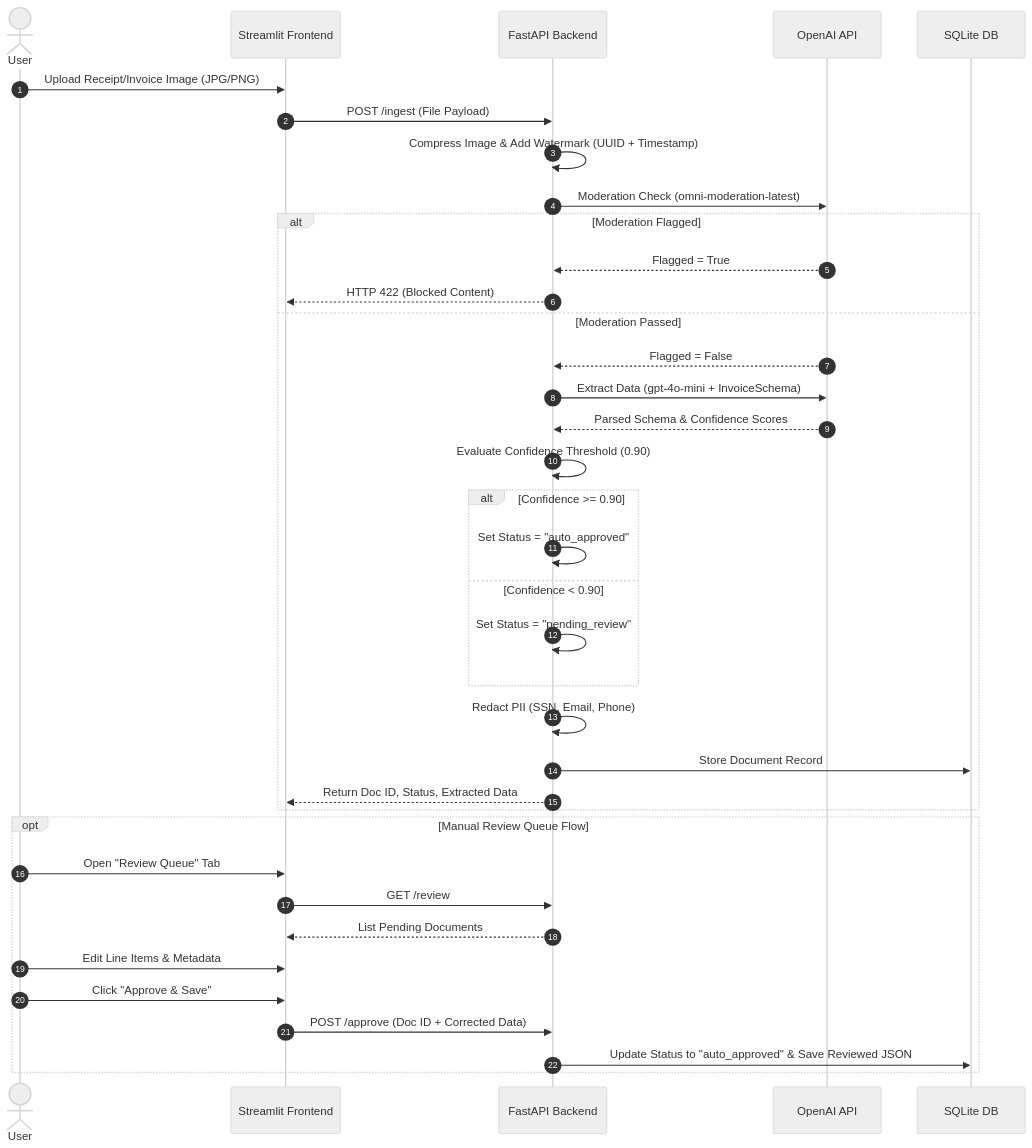
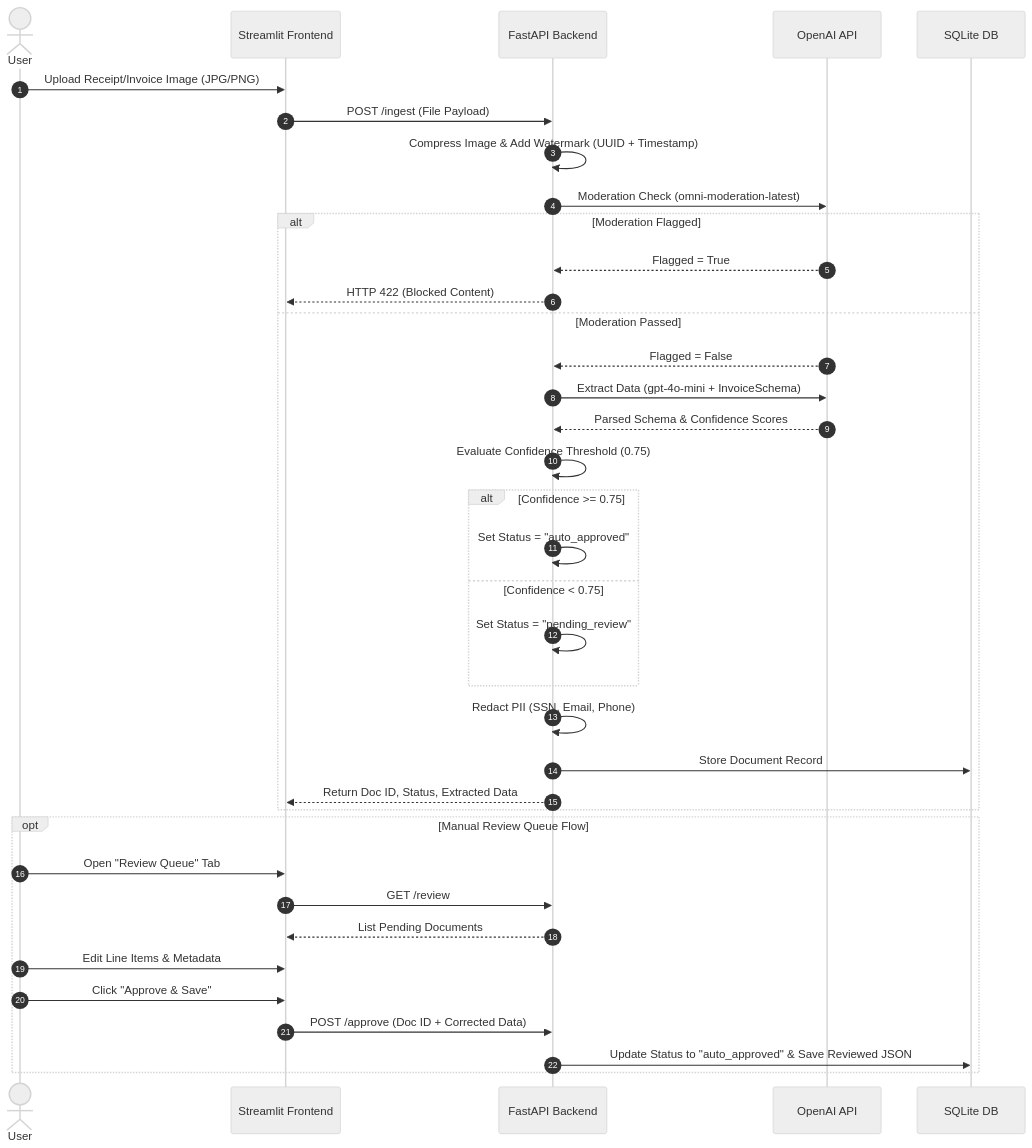
The second of 2 diagrams in README.md (sabin19/LedgerLens), drawn with Mermaid (neutral theme) before and after one commit.

Commit message:
Code optimization

````diff
--- a/README.md
+++ b/README.md
@@ -146,44 +146,44 @@
 ```mermaid
 sequenceDiagram
     autonumber
     actor User
     participant UI as Streamlit Frontend
     participant API as FastAPI Backend
     participant AI as OpenAI API
     participant DB as SQLite DB
 
     User->>UI: Upload Receipt/Invoice Image (JPG/PNG)
     UI->>API: POST /ingest (File Payload)
     API->>API: Compress Image & Add Watermark (UUID + Timestamp)
     API->>AI: Moderation Check (omni-moderation-latest)
     
     alt Moderation Flagged
         AI-->>API: Flagged = True
         API-->>UI: HTTP 422 (Blocked Content)
     else Moderation Passed
         AI-->>API: Flagged = False
         API->>AI: Extract Data (gpt-4o-mini + InvoiceSchema)
         AI-->>API: Parsed Schema & Confidence Scores
-        API->>API: Evaluate Confidence Threshold (0.90)
+        API->>API: Evaluate Confidence Threshold (0.75)
         
-        alt Confidence >= 0.90
+        alt Confidence >= 0.75
             API->>API: Set Status = "auto_approved"
-        else Confidence < 0.90
+        else Confidence < 0.75
             API->>API: Set Status = "pending_review"
         end
         
         API->>API: Redact PII (SSN, Email, Phone)
         API->>DB: Store Document Record
         API-->>UI: Return Doc ID, Status, Extracted Data
     end
 
     opt Manual Review Queue Flow
         User->>UI: Open "Review Queue" Tab
         UI->>API: GET /review
         API-->>UI: List Pending Documents
         User->>UI: Edit Line Items & Metadata
         User->>UI: Click "Approve & Save"
         UI->>API: POST /approve (Doc ID + Corrected Data)
         API->>DB: Update Status to "auto_approved" & Save Reviewed JSON
     end
 ```
````
